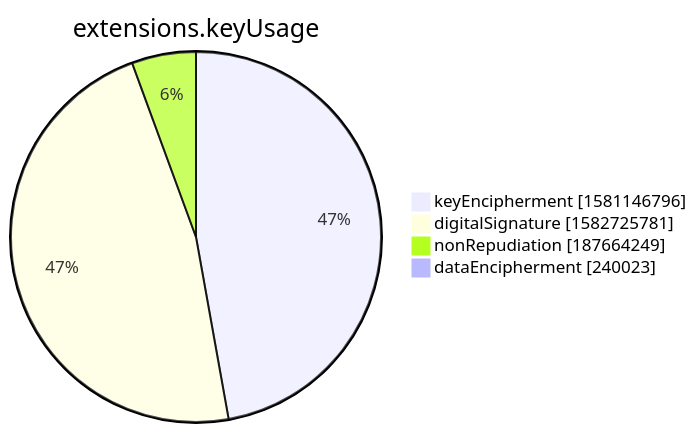
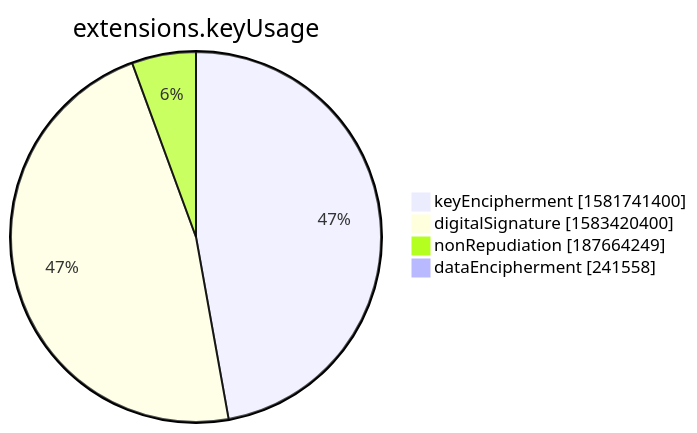
One commit to christiankrug/ctmonitor_visualization changed the seventh of 15 diagrams in xenon2022/README.md. Above: the diagram before and after it, drawn with Mermaid. The commit also changed other lines of this file, not shown here.

````diff
--- a/xenon2022/README.md
+++ b/xenon2022/README.md
@@ -2854,8 +2854,8 @@
 ```mermaid
 pie showData
 title extensions.keyUsage
-"keyEncipherment" :1581146796
-"digitalSignature" :1582725781
+"keyEncipherment" :1581741400
+"digitalSignature" :1583420400
 "nonRepudiation" :187664249
-"dataEncipherment" :240023
+"dataEncipherment" :241558
 ```
````
